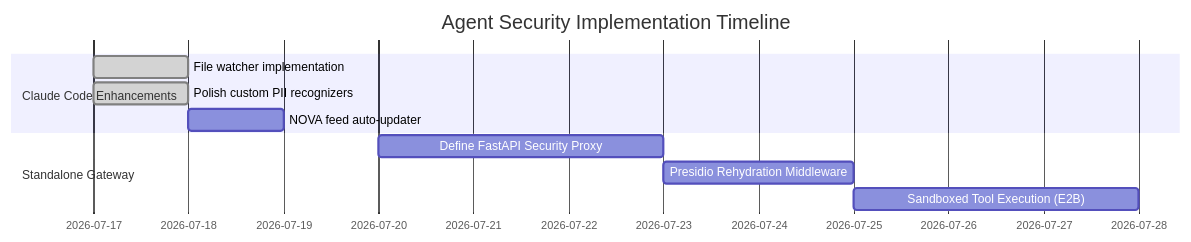
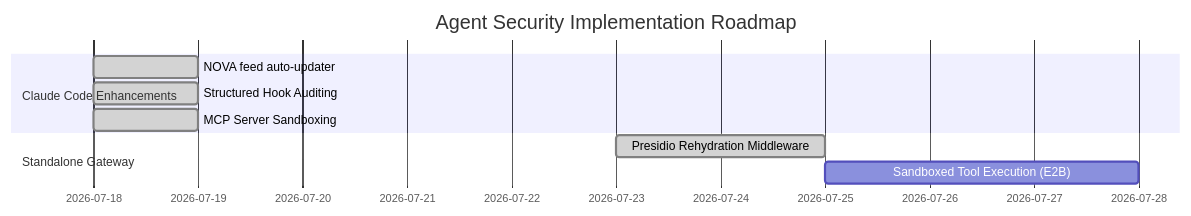
One commit to SediDeVone/ai-security-framework changed the second of 2 diagrams in docs/security_assessment_and_plan.md. Above: the diagram before and after it, drawn with Mermaid. The commit also changed other lines of this file and 4 other files, not shown here.

First line of the commit message:
Document AI security framework and implementation progress

````diff
--- a/docs/security_assessment_and_plan.md
+++ b/docs/security_assessment_and_plan.md
@@ -154,13 +148,12 @@
 ```mermaid
 gantt
-    title Agent Security Implementation Timeline
+    title Agent Security Implementation Roadmap
     dateFormat  YYYY-MM-DD
     section Claude Code Enhancements
-    File watcher implementation     :done, a1, 2026-07-17, 1d
-    Polish custom PII recognizers  :done, a2, 2026-07-17, 1d
-    NOVA feed auto-updater         :a3, after a2, 1d
+    NOVA feed auto-updater         :done, a3, 2026-07-18, 1d
+    Structured Hook Auditing       :done, a4, 2026-07-18, 1d
+    MCP Server Sandboxing          :done, a5, 2026-07-18, 1d
     section Standalone Gateway
-    Define FastAPI Security Proxy  :b1, 2026-07-20, 3d
-    Presidio Rehydration Middleware:b2, after b1, 2d
+    Presidio Rehydration Middleware:done, b2, 2026-07-23, 2d
     Sandboxed Tool Execution (E2B) :b3, after b2, 3d
 ```
````
